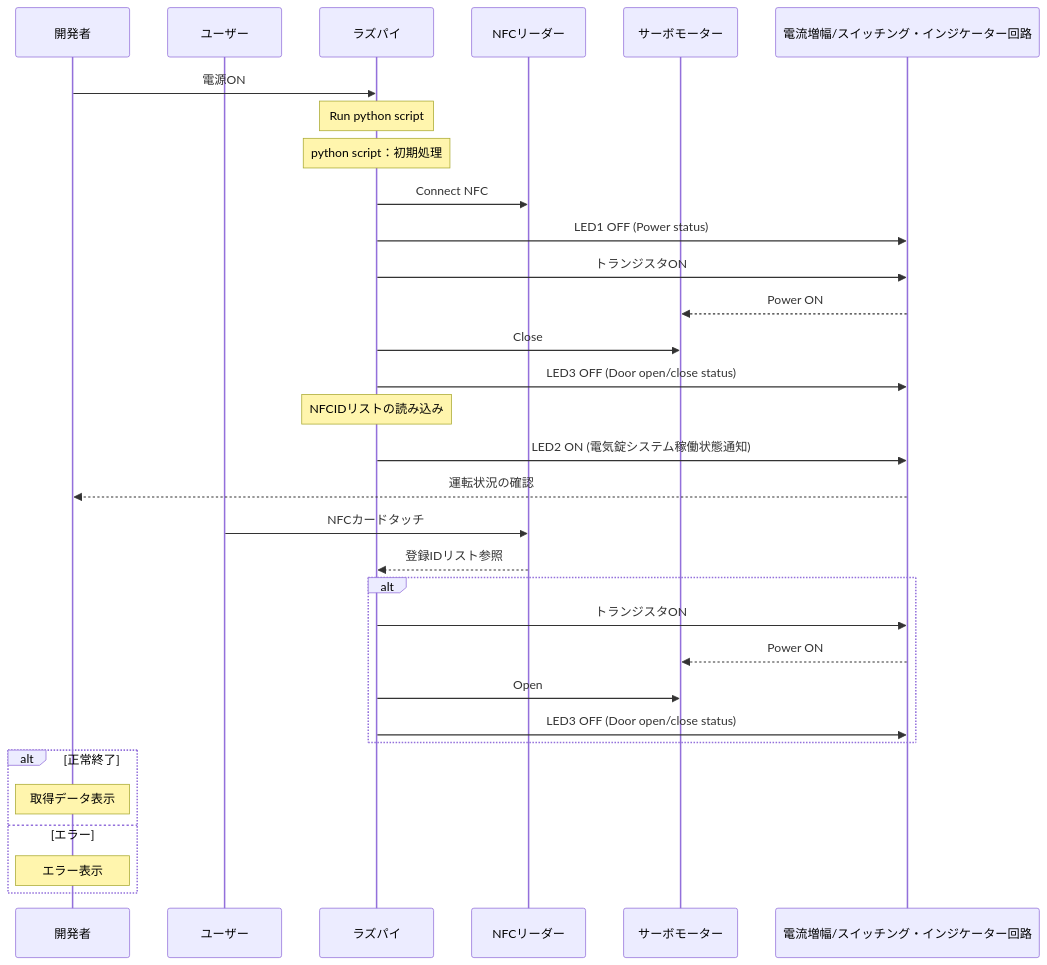
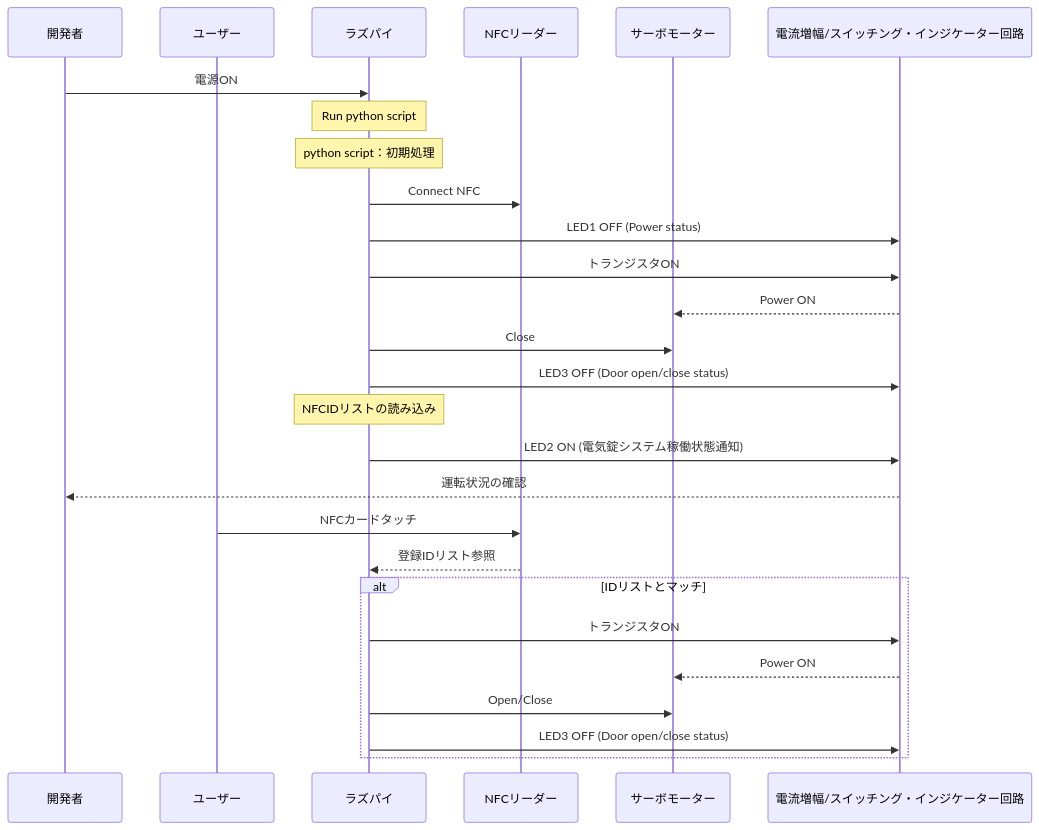
One commit to YUKI-SOKENDAI/SmartLock changed the second of 2 diagrams in memo/SystemMEMO.md. Above: the diagram before and after it, drawn with Mermaid.

````diff
--- a/memo/SystemMEMO.md
+++ b/memo/SystemMEMO.md
@@ -63,43 +63,37 @@
 ```mermaid
 sequenceDiagram
     participant user as 開発者
     participant user1 as ユーザー
     participant raspi as ラズパイ
     participant nfc as NFCリーダー
     participant servo as サーボモーター
     participant circuit as 電流増幅/スイッチング・インジケーター回路
     
     # hoge
     user->>raspi: 電源ON
     Note over raspi : Run python script
     Note over raspi : python script：初期処理
     
     raspi->>nfc: Connect NFC
     raspi->>circuit: LED1 OFF (Power status)
     raspi->>circuit: トランジスタON
     circuit-->>servo: Power ON
     raspi->>servo: Close
     raspi->>circuit: LED3 OFF (Door open/close status)
     Note over raspi : NFCIDリストの読み込み
     raspi->>circuit: LED2 ON (電気錠システム稼働状態通知)
     circuit-->>user: 運転状況の確認
     
     user1->>nfc: NFCカードタッチ
     nfc-->>raspi:登録IDリスト参照
-    alt 
+    alt IDリストとマッチ
         raspi->>circuit: トランジスタON
         circuit-->>servo: Power ON
-        raspi->>servo: Open
+        raspi->>servo: Open/Close
         raspi->>circuit: LED3 OFF (Door open/close status)
     end
     
     
     #raspi-->>user: こんにちは！！
-    
-    # hoge
-    alt 正常終了
-        Note over user : 取得データ表示
-    else エラー
-        Note over user : エラー表示
-    end
+
 ```
````
